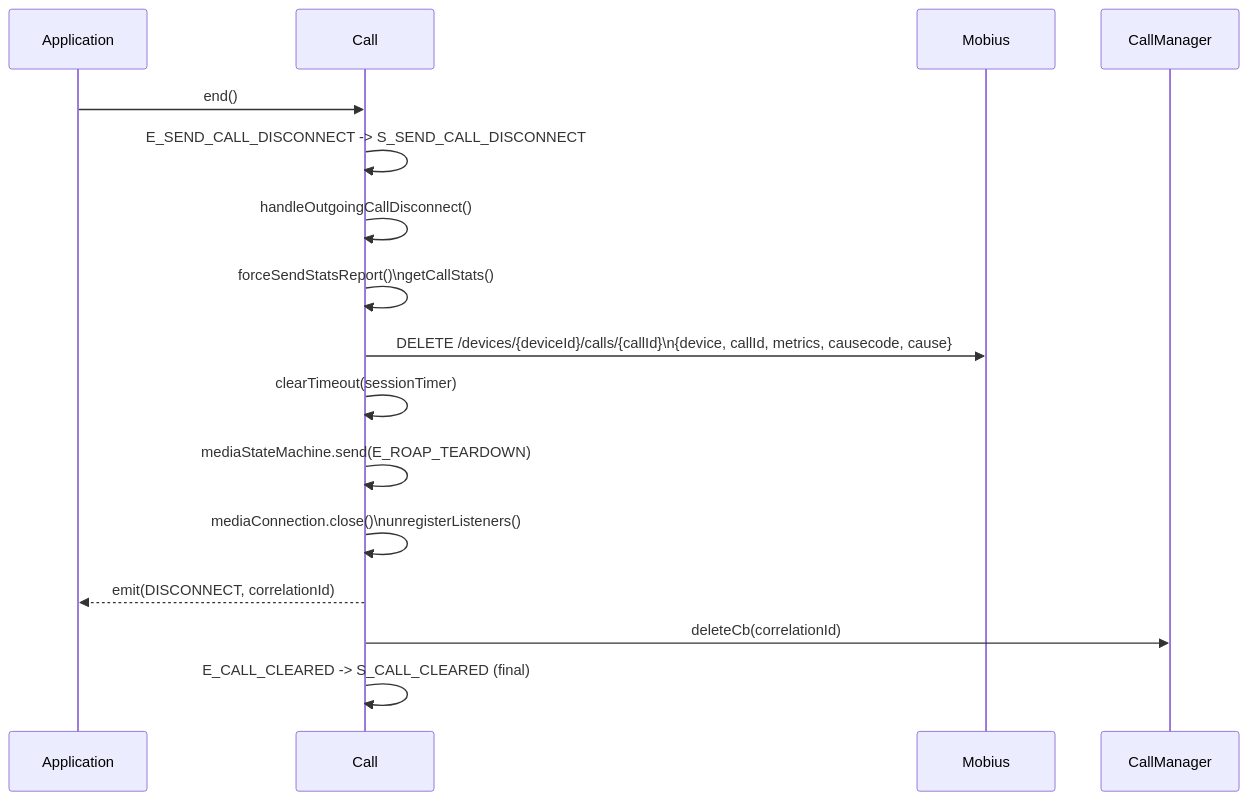
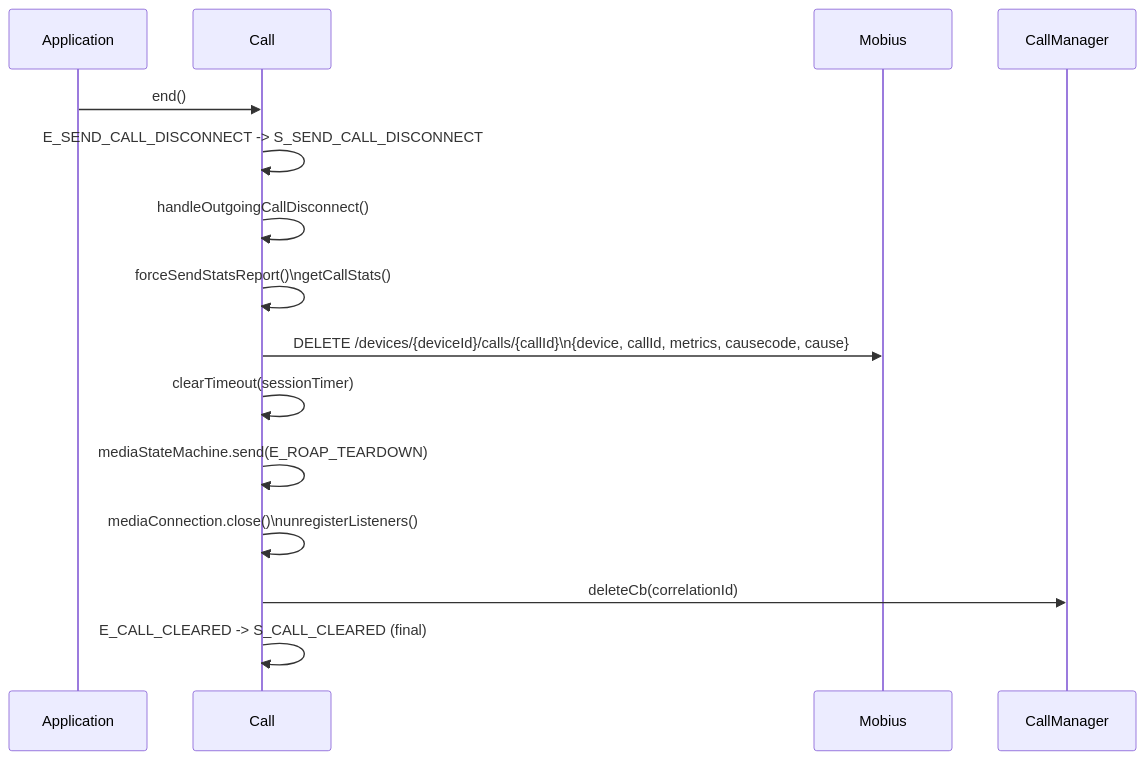
Before and after one commit to webex/webex-js-sdk: diagram 15 of 17 in packages/calling/src/CallingClient/calling/ai-docs/ARCHITECTURE.md, drawn with Mermaid. The commit also changed other lines of this file, not shown here.

````diff
--- a/packages/calling/src/CallingClient/calling/ai-docs/ARCHITECTURE.md
+++ b/packages/calling/src/CallingClient/calling/ai-docs/ARCHITECTURE.md
@@ -711,19 +757,18 @@
 ```mermaid
 sequenceDiagram
     participant App as Application
     participant Call as Call
     participant Mobius as Mobius
     participant CM as CallManager
 
     App->>Call: end()
     Call->>Call: E_SEND_CALL_DISCONNECT -> S_SEND_CALL_DISCONNECT
     Call->>Call: handleOutgoingCallDisconnect()
     Call->>Call: forceSendStatsReport()\ngetCallStats()
     Call->>Mobius: DELETE /devices/{deviceId}/calls/{callId}\n{device, callId, metrics, causecode, cause}
     Call->>Call: clearTimeout(sessionTimer)
     Call->>Call: mediaStateMachine.send(E_ROAP_TEARDOWN)
     Call->>Call: mediaConnection.close()\nunregisterListeners()
-    Call-->>App: emit(DISCONNECT, correlationId)
     Call->>CM: deleteCb(correlationId)
     Call->>Call: E_CALL_CLEARED -> S_CALL_CLEARED (final)
 ```
````
